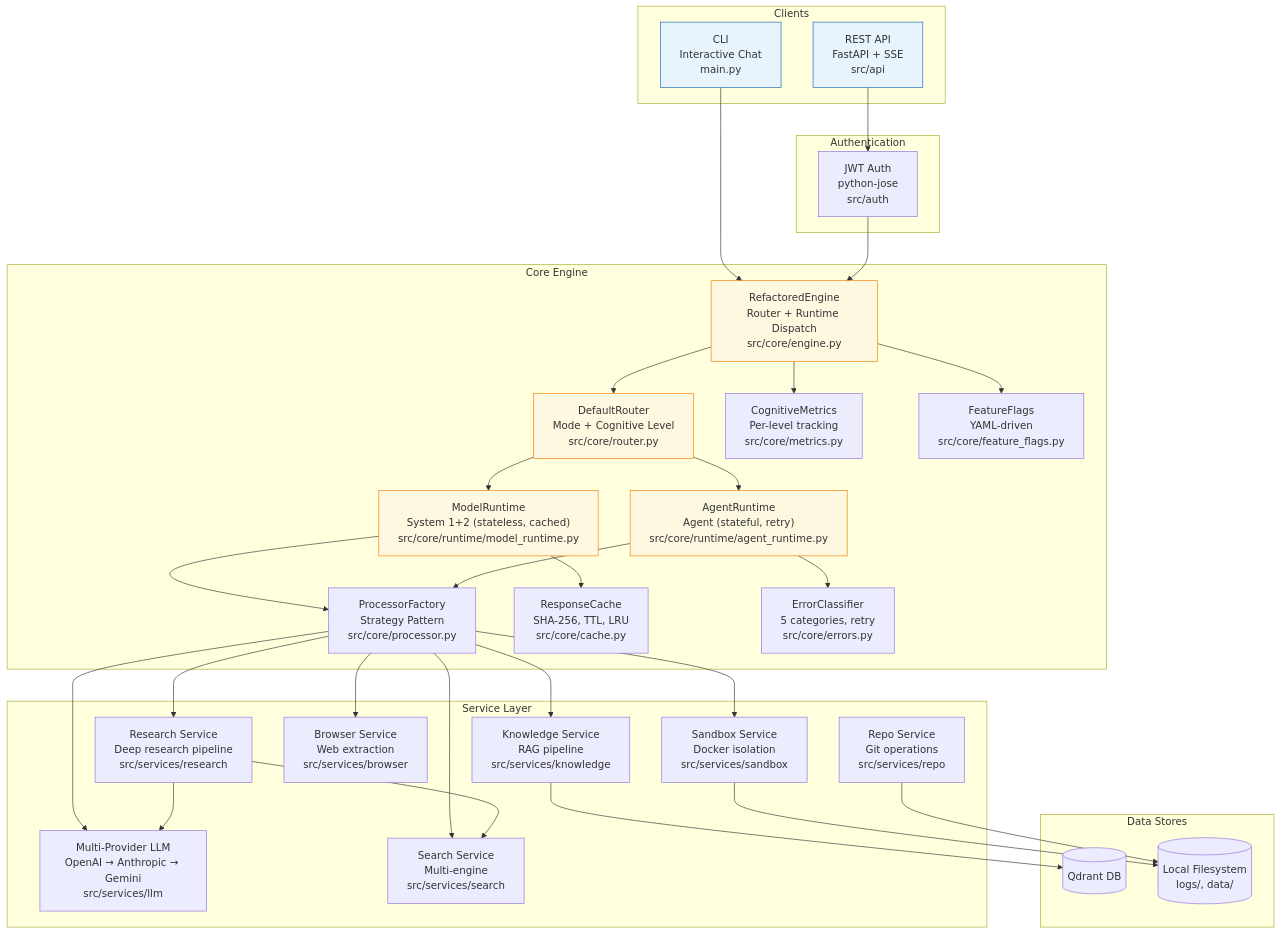
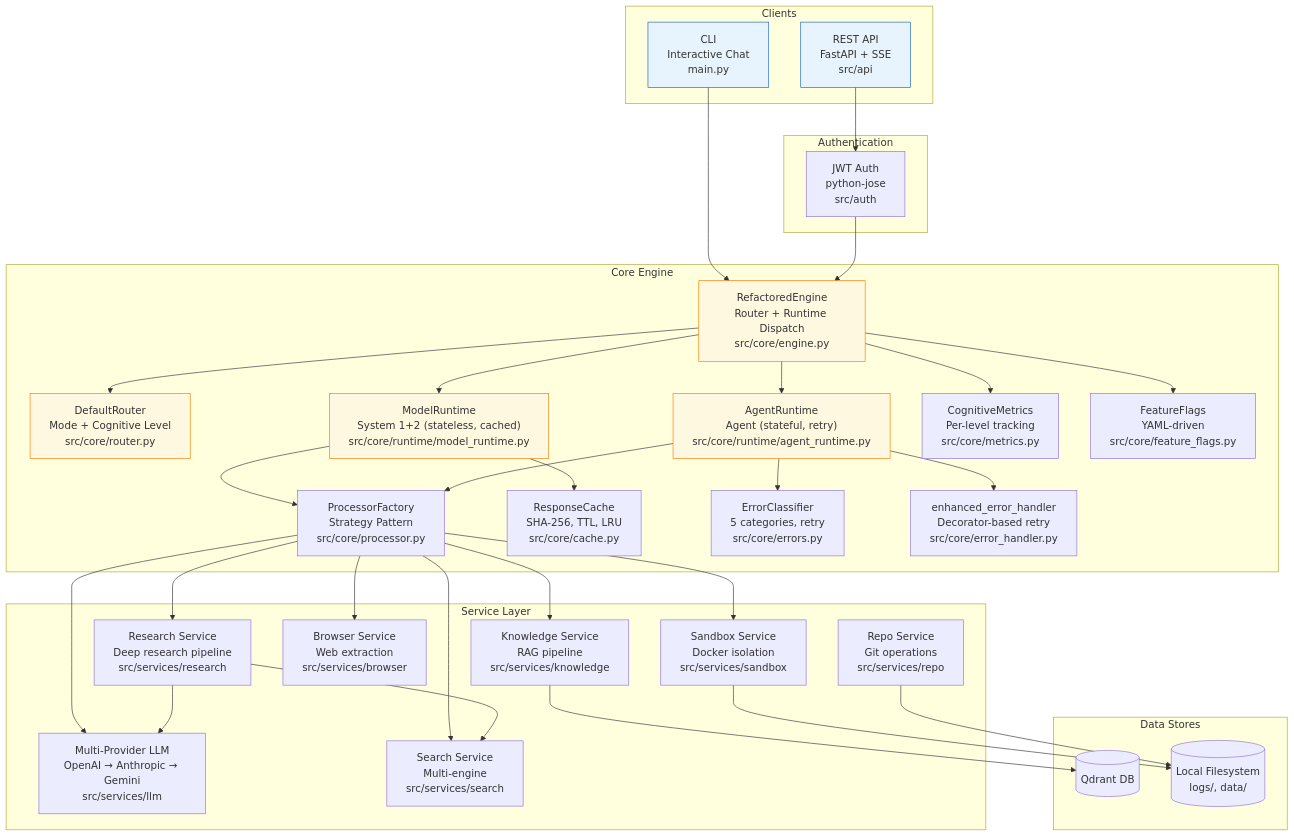
The second of 6 diagrams in Architecture_Refactoring_Toolkit/project_docs/06_architecture_and_design_document.md (Zenobia000/openagent_backend), drawn with Mermaid before and after one commit. The commit also changed other lines of this file and 28 other files, not shown here.

````diff
--- a/Architecture_Refactoring_Toolkit/project_docs/06_architecture_and_design_document.md
+++ b/Architecture_Refactoring_Toolkit/project_docs/06_architecture_and_design_document.md
@@ -65,72 +65,74 @@
 ```mermaid
 graph TB
     subgraph "Clients"
         CLI["CLI<br/>Interactive Chat<br/>main.py"]
         API["REST API<br/>FastAPI + SSE<br/>src/api"]
     end
 
     subgraph "Authentication"
         Auth["JWT Auth<br/>python-jose<br/>src/auth"]
     end
 
     subgraph "Core Engine"
         Engine["RefactoredEngine<br/>Router + Runtime Dispatch<br/>src/core/engine.py"]
         Router["DefaultRouter<br/>Mode + Cognitive Level<br/>src/core/router.py"]
         ModelRT["ModelRuntime<br/>System 1+2 (stateless, cached)<br/>src/core/runtime/model_runtime.py"]
         AgentRT["AgentRuntime<br/>Agent (stateful, retry)<br/>src/core/runtime/agent_runtime.py"]
         Factory["ProcessorFactory<br/>Strategy Pattern<br/>src/core/processor.py"]
         Cache["ResponseCache<br/>SHA-256, TTL, LRU<br/>src/core/cache.py"]
         Metrics["CognitiveMetrics<br/>Per-level tracking<br/>src/core/metrics.py"]
         Errors["ErrorClassifier<br/>5 categories, retry<br/>src/core/errors.py"]
+        ErrHandler["enhanced_error_handler<br/>Decorator-based retry<br/>src/core/error_handler.py"]
         Flags["FeatureFlags<br/>YAML-driven<br/>src/core/feature_flags.py"]
     end
 
     subgraph "Service Layer"
         LLMSvc["Multi-Provider LLM<br/>OpenAI → Anthropic → Gemini<br/>src/services/llm"]
         KnowledgeSvc["Knowledge Service<br/>RAG pipeline<br/>src/services/knowledge"]
         SearchSvc["Search Service<br/>Multi-engine<br/>src/services/search"]
         SandboxSvc["Sandbox Service<br/>Docker isolation<br/>src/services/sandbox"]
         BrowserSvc["Browser Service<br/>Web extraction<br/>src/services/browser"]
         ResearchSvc["Research Service<br/>Deep research pipeline<br/>src/services/research"]
         RepoSvc["Repo Service<br/>Git operations<br/>src/services/repo"]
     end
 
     subgraph "Data Stores"
         QdrantDB[("Qdrant DB")]
         LocalFS[("Local Filesystem<br/>logs/, data/")]
     end
 
     CLI --> Engine
     API --> Auth
     Auth --> Engine
 
     Engine --> Router
-    Router --> ModelRT
-    Router --> AgentRT
+    Engine --> ModelRT
+    Engine --> AgentRT
+    Engine --> Metrics
+    Engine --> Flags
     ModelRT --> Cache
     ModelRT --> Factory
     AgentRT --> Factory
     AgentRT --> Errors
-    Engine --> Metrics
-    Engine --> Flags
+    AgentRT --> ErrHandler
 
     Factory --> LLMSvc
     Factory --> KnowledgeSvc
     Factory --> SearchSvc
     Factory --> SandboxSvc
     Factory --> BrowserSvc
     Factory --> ResearchSvc
 
     KnowledgeSvc --> QdrantDB
     ResearchSvc --> SearchSvc
     ResearchSvc --> LLMSvc
     SandboxSvc --> LocalFS
     RepoSvc --> LocalFS
 
     style Engine fill:#FFF8E1,stroke:#F57C00
     style Router fill:#FFF8E1,stroke:#F57C00
     style ModelRT fill:#FFF8E1,stroke:#F57C00
     style AgentRT fill:#FFF8E1,stroke:#F57C00
     style CLI fill:#E8F4FD,stroke:#1565C0
     style API fill:#E8F4FD,stroke:#1565C0
 ```
````
